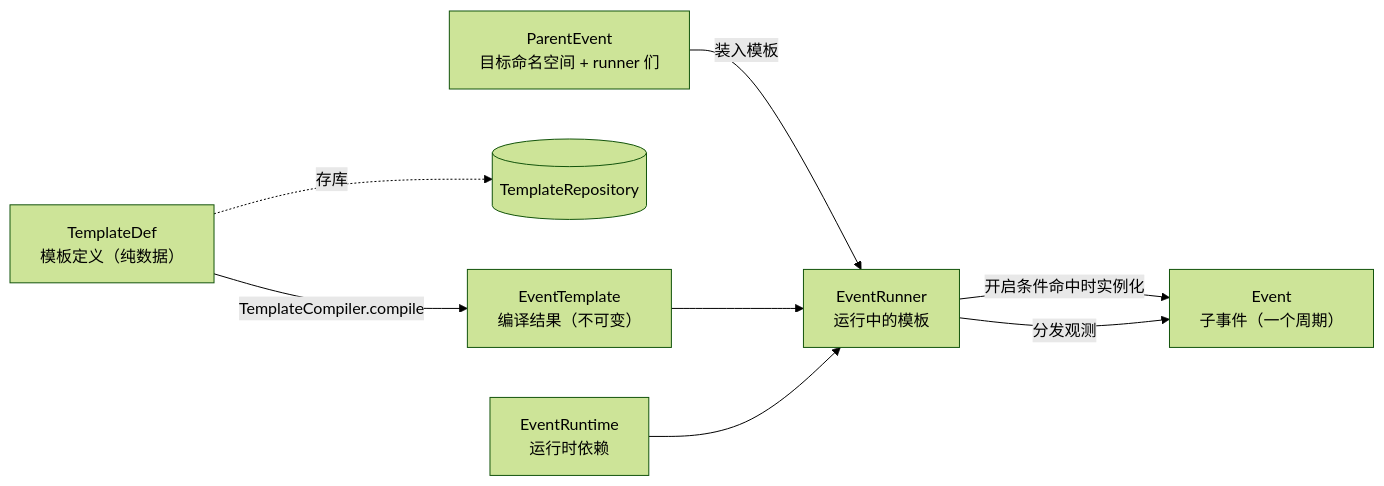
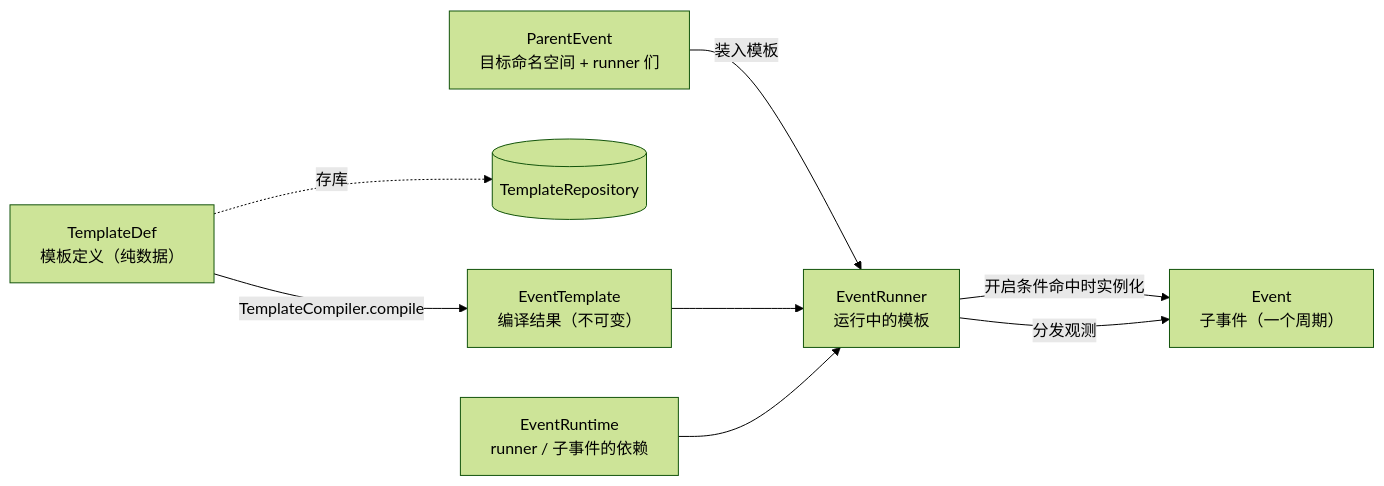
One commit to Jeromexsu/Orion changed the fourth of 5 diagrams in README.md. Above: the diagram before and after it, drawn with Mermaid (forest theme). The commit also changed other lines of this file and 8 other files, not shown here.

First line of the commit message:
refactor(event): split parent-only dependencies out of EventRuntime

````diff
--- a/README.md
+++ b/README.md
@@ -111,10 +111,10 @@
 ```mermaid
 graph LR
   DEF["TemplateDef<br/>模板定义（纯数据）"] -->|TemplateCompiler.compile| TPL["EventTemplate<br/>编译结果（不可变）"]
   DEF -. 存库 .-> REPO[("TemplateRepository")]
   PE["ParentEvent<br/>目标命名空间 + runner 们"] -->|装入模板| RUN
   TPL --> RUN["EventRunner<br/>运行中的模板"]
-  RT["EventRuntime<br/>运行时依赖"] --> RUN
+  RT["EventRuntime<br/>runner / 子事件的依赖"] --> RUN
   RUN -->|开启条件命中时实例化| EV["Event<br/>子事件（一个周期）"]
   RUN -->|分发观测| EV
 ```
````
